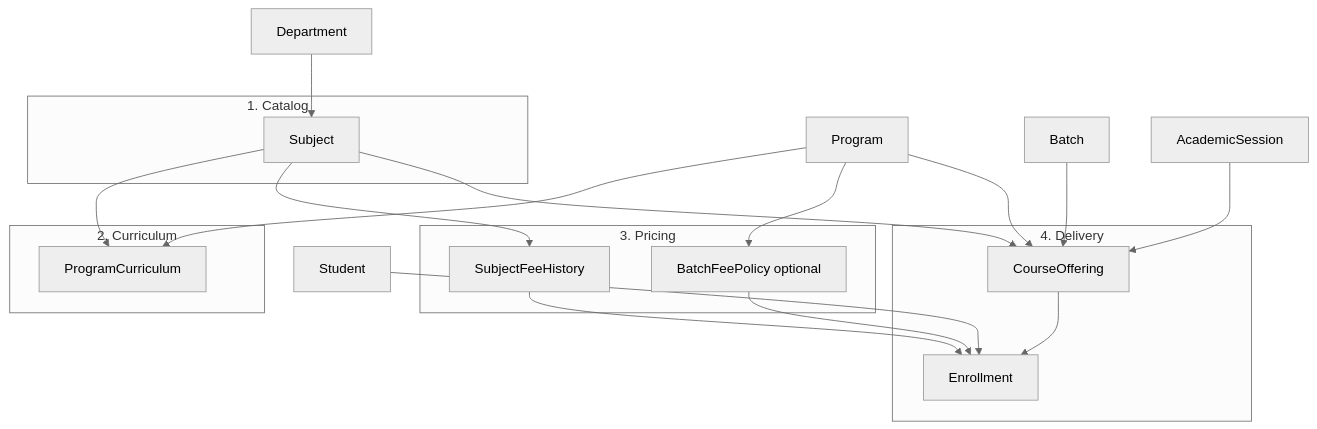
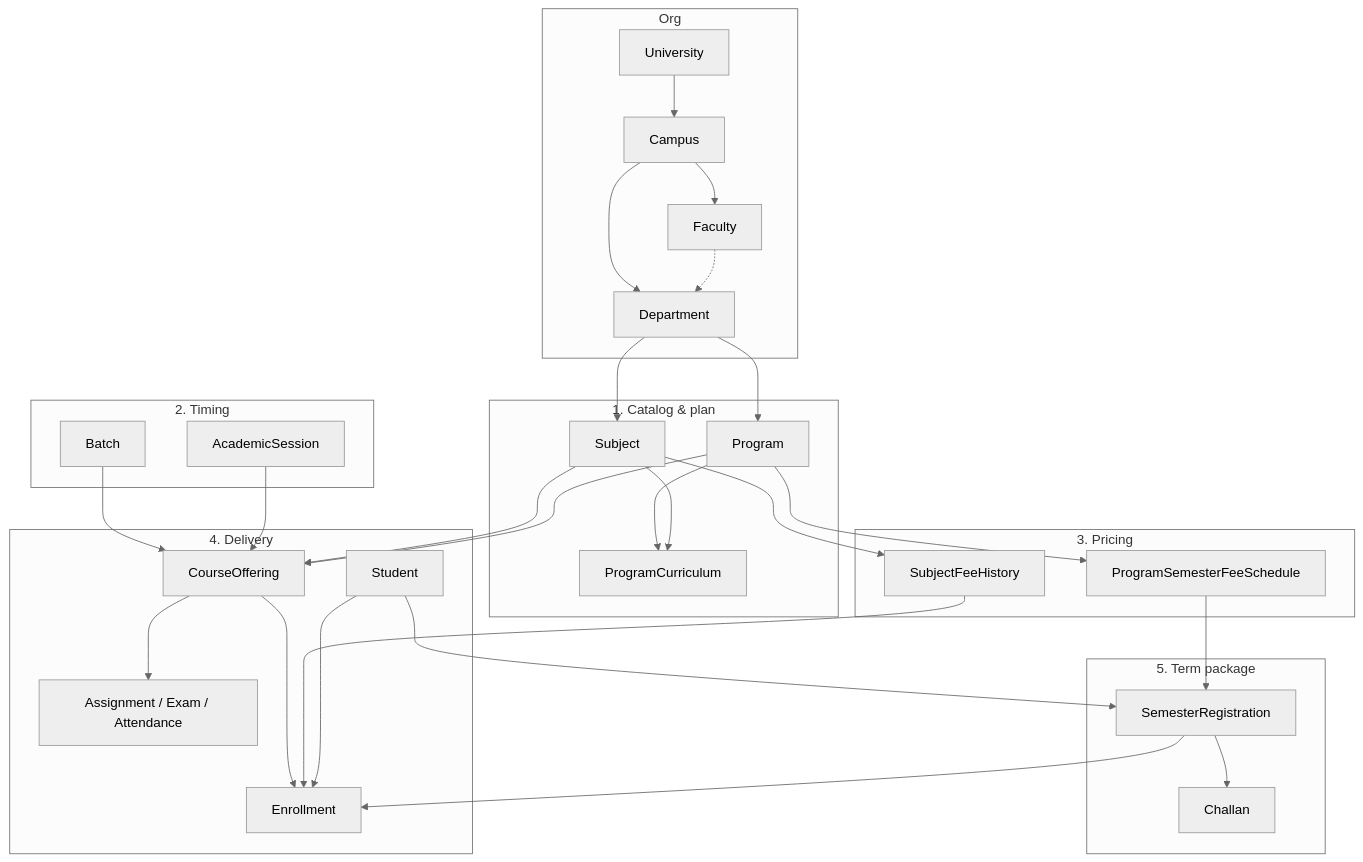
The diagram in docs/academic-architecture-plan.md (clickmaster4285/university-management-system), drawn with Mermaid (neutral theme) before and after one commit. The commit also changed other lines of this file and 36 other files, not shown here.

Commit message:
found some issue in the flow and we have to update that

````diff
--- a/docs/academic-architecture-plan.md
+++ b/docs/academic-architecture-plan.md
@@ -46,34 +99,53 @@
 ```mermaid
 flowchart TB
-    subgraph catalog["1. Catalog"]
-        S[Subject]
+    subgraph org["Org"]
+        U[University] --> C[Campus]
+        C --> F[Faculty]
+        C --> D[Department]
+        F -.-> D
     end
 
-    subgraph curriculum["2. Curriculum"]
+    subgraph catalog["1. Catalog & plan"]
+        S[Subject]
+        P[Program]
         PC[ProgramCurriculum]
+        D --> S
+        D --> P
+        P --> PC
+        S --> PC
+    end
+
+    subgraph timing["2. Timing"]
+        B[Batch]
+        AS[AcademicSession]
     end
 
     subgraph pricing["3. Pricing"]
         SFH[SubjectFeeHistory]
-        BFP[BatchFeePolicy optional]
+        PSFS[ProgramSemesterFeeSchedule]
+        S --> SFH
+        P --> PSFS
     end
 
     subgraph delivery["4. Delivery"]
         CO[CourseOffering]
         ENR[Enrollment]
+        ASG[Assignment / Exam / Attendance]
+        S --> CO
+        P --> CO
+        B --> CO
+        AS --> CO
+        CO --> ENR
+        CO --> ASG
+        SFH --> ENR
+        ST[Student] --> ENR
     end
 
-    D[Department] --> S
-    P[Program] --> PC
-    S --> PC
-    S --> SFH
-    P --> BFP
-    S --> CO
-    P --> CO
-    B[Batch] --> CO
-    AS[AcademicSession] --> CO
-    CO --> ENR
-    SFH --> ENR
-    BFP --> ENR
-    ST[Student] --> ENR
+    subgraph term["5. Term package"]
+        SR[SemesterRegistration]
+        ST --> SR
+        PSFS --> SR
+        SR --> ENR
+        SR --> CH[Challan]
+    end
 ```
````
